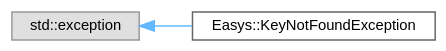
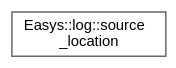
The diagram in inherit_graph_4.dot (raphaelmayer/easys), drawn with Graphviz before and after one commit. The commit also changed 99 other files, not shown here.

```diff
--- a/inherit_graph_4.dot
+++ b/inherit_graph_4.dot
@@ -1,11 +1,9 @@
 digraph "Graphical Class Hierarchy"
 {
  // LATEX_PDF_SIZE
   bgcolor="transparent";
   edge [fontname=Helvetica,fontsize=10,labelfontname=Helvetica,labelfontsize=10];
   node [fontname=Helvetica,fontsize=10,shape=box,height=0.2,width=0.4];
   rankdir="LR";
-  Node0 [id="Node000000",label="std::exception",height=0.2,width=0.4,color="grey60", fillcolor="#E0E0E0", style="filled",tooltip=" "];
-  Node0 -> Node1 [id="edge1_Node000000_Node000001",dir="back",color="steelblue1",style="solid",tooltip=" "];
-  Node1 [id="Node000001",label="Easys::KeyNotFoundException",height=0.2,width=0.4,color="grey40", fillcolor="white", style="filled",URL="$d6/dba/classEasys_1_1KeyNotFoundException.html",tooltip=" "];
+  Node0 [id="Node000000",label="Easys::log::source\l_location",height=0.2,width=0.4,color="grey40", fillcolor="white", style="filled",URL="$d9/df7/structEasys_1_1log_1_1source__location.html",tooltip=" "];
 }
```
